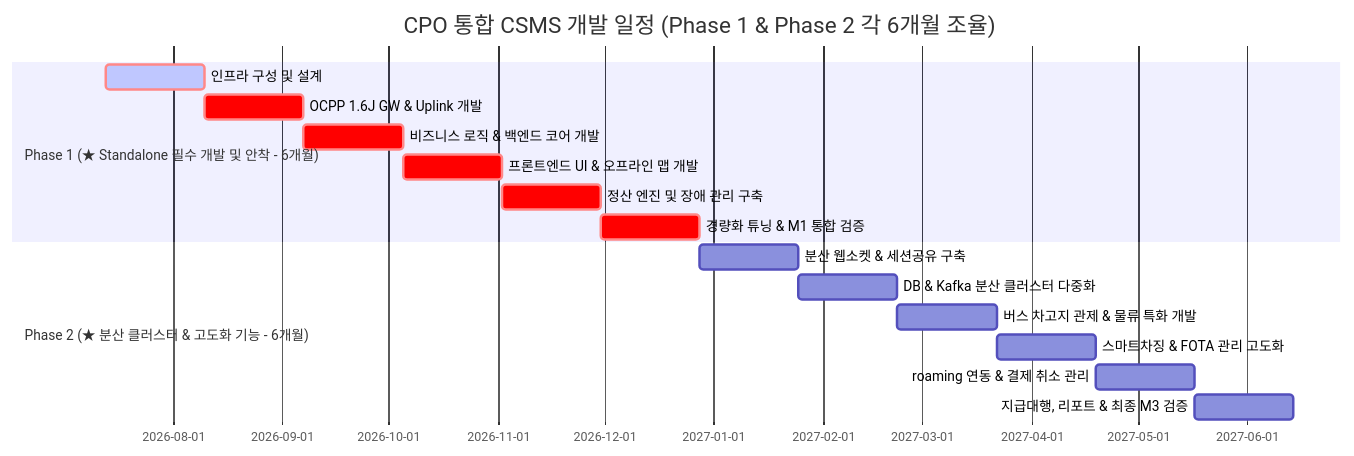
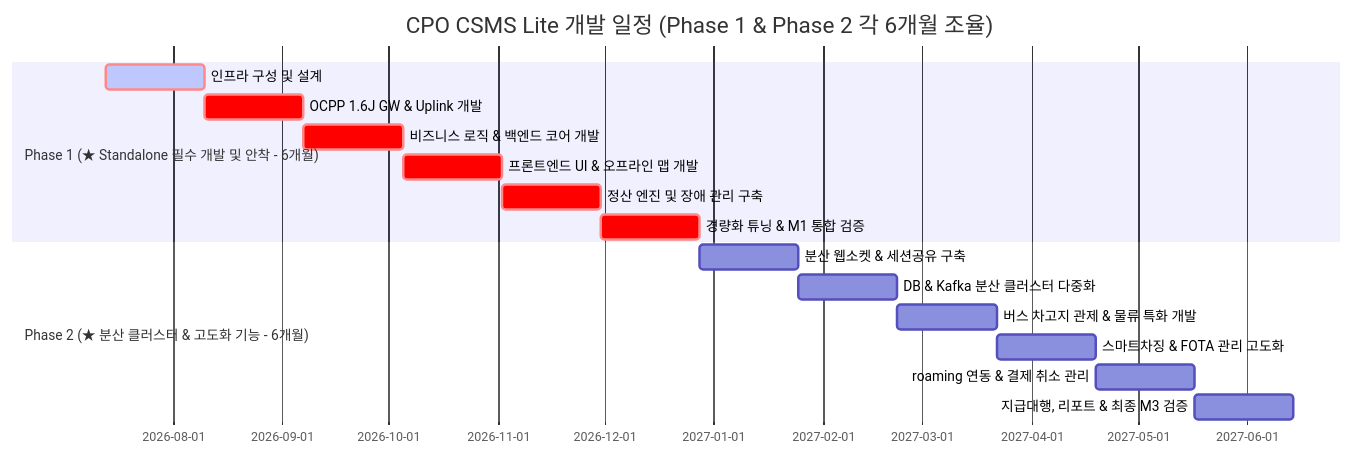
The first of 10 diagrams in doc/01.prd.md (h2y-hyhong2/h2y-ocpp), drawn with Mermaid before and after one commit. The commit also changed other lines of this file and 10 other files, not shown here.

````diff
--- a/doc/01.prd.md
+++ b/doc/01.prd.md
@@ -19,22 +19,22 @@
 ```mermaid
 gantt
-    title CPO 통합 CSMS 개발 일정 (Phase 1 & Phase 2 각 6개월 조율)
+    title CPO CSMS Lite 개발 일정 (Phase 1 & Phase 2 각 6개월 조율)
     dateFormat  YYYY-MM-DD
     axisFormat  %Y-%m-%d
     
     section Phase 1 (★ Standalone 필수 개발 및 안착 - 6개월)
     인프라 구성 및 설계        :crit, active, p1_infra, 2026-07-13, 28d
     OCPP 1.6J GW & Uplink 개발   :crit, p1_gw, after p1_infra, 28d
     비즈니스 로직 & 백엔드 코어 개발 :crit, p1_biz, after p1_gw, 28d
     프론트엔드 UI & 오프라인 맵 개발 :crit, p1_fe, after p1_biz, 28d
     정산 엔진 및 장애 관리 구축    :crit, p1_twin, after p1_fe, 28d
     경량화 튜닝 & M1 통합 검증      :crit, p1_test, after p1_twin, 28d
     
     section Phase 2 (★ 분산 클러스터 & 고도화 기능 - 6개월)
     분산 웹소켓 & 세션공유 구축      : p2_infra, after p1_test, 28d
     DB & Kafka 분산 클러스터 다중화 : p2_db, after p2_infra, 28d
     버스 차고지 관제 & 물류 특화 개발  : p2_bus, after p2_db, 28d
     스마트차징 & FOTA 관리 고도화   : p2_smart, after p2_bus, 28d
     roaming 연동 & 결제 취소 관리   : p2_roam, after p2_smart, 28d
     지급대행, 리포트 & 최종 M3 검증   : p2_final, after p2_roam, 28d
 ```
````
